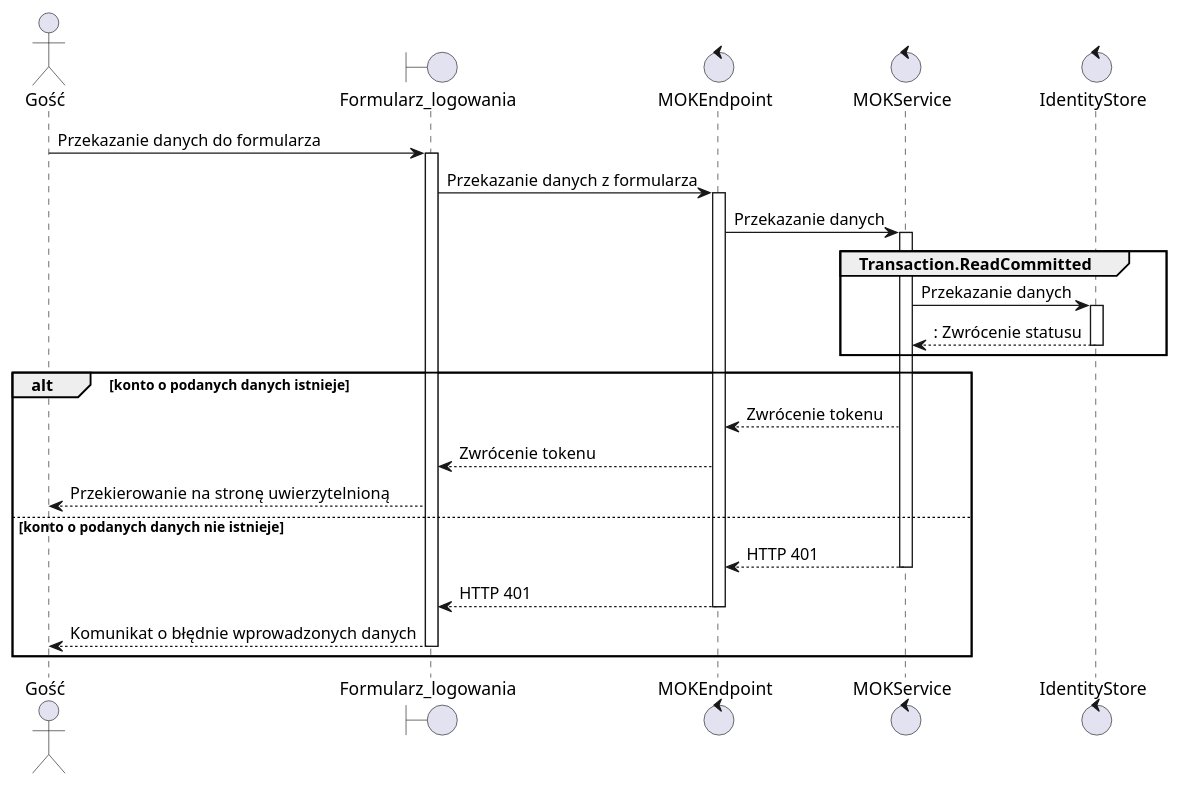
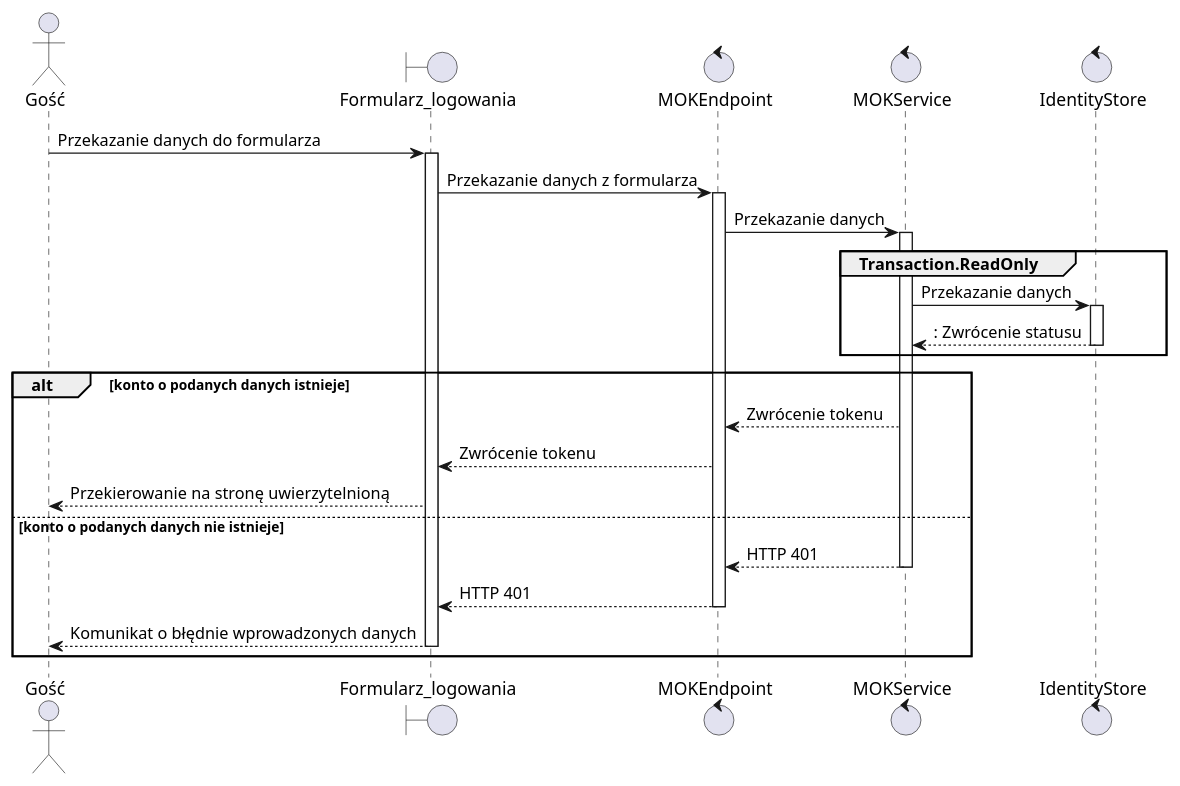
Before and after one commit to TheVivent-Politechnika-Lodzka/ssbd03_kic_uml: the diagram in src/rozdział 7/mok12.plantuml, drawn with PlantUML.

```diff
--- a/src/rozdział 7/mok12.plantuml
+++ b/src/rozdział 7/mok12.plantuml
@@ -1,33 +1,33 @@
 @startuml sekwencyjny
 
 actor Gość as user
 boundary Formularz_logowania as gui
 control MOKEndpoint as controller
 control MOKService as service
 control IdentityStore as auth
 
 
 
 user -> gui ++ : Przekazanie danych do formularza
 gui -> controller ++ : Przekazanie danych z formularza
 controller -> service ++ : Przekazanie danych
 
 
 
-group  Transaction.ReadCommitted
+group  Transaction.ReadOnly
 service -> auth ++ : Przekazanie danych
 return : Zwrócenie statusu
 end
 alt konto o podanych danych istnieje
 service --> controller : Zwrócenie tokenu
 controller --> gui : Zwrócenie tokenu
 gui --> user : Przekierowanie na stronę uwierzytelnioną 
 
 else konto o podanych danych nie istnieje
     return HTTP 401
     return HTTP 401
     return Komunikat o błędnie wprowadzonych danych 
 end
 
 
 @enduml
```
